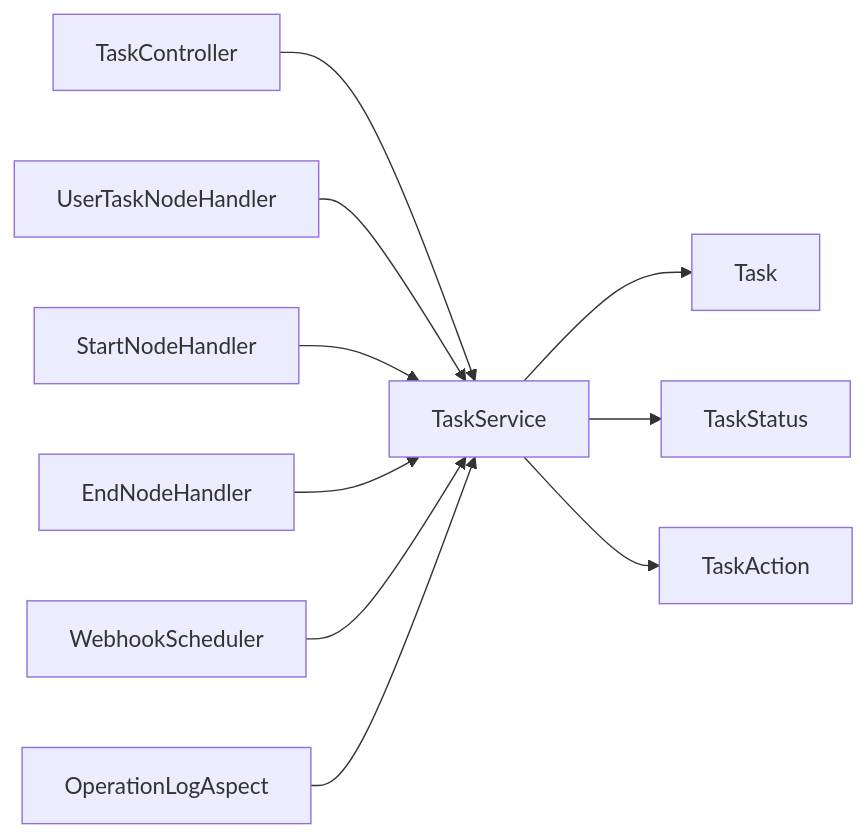
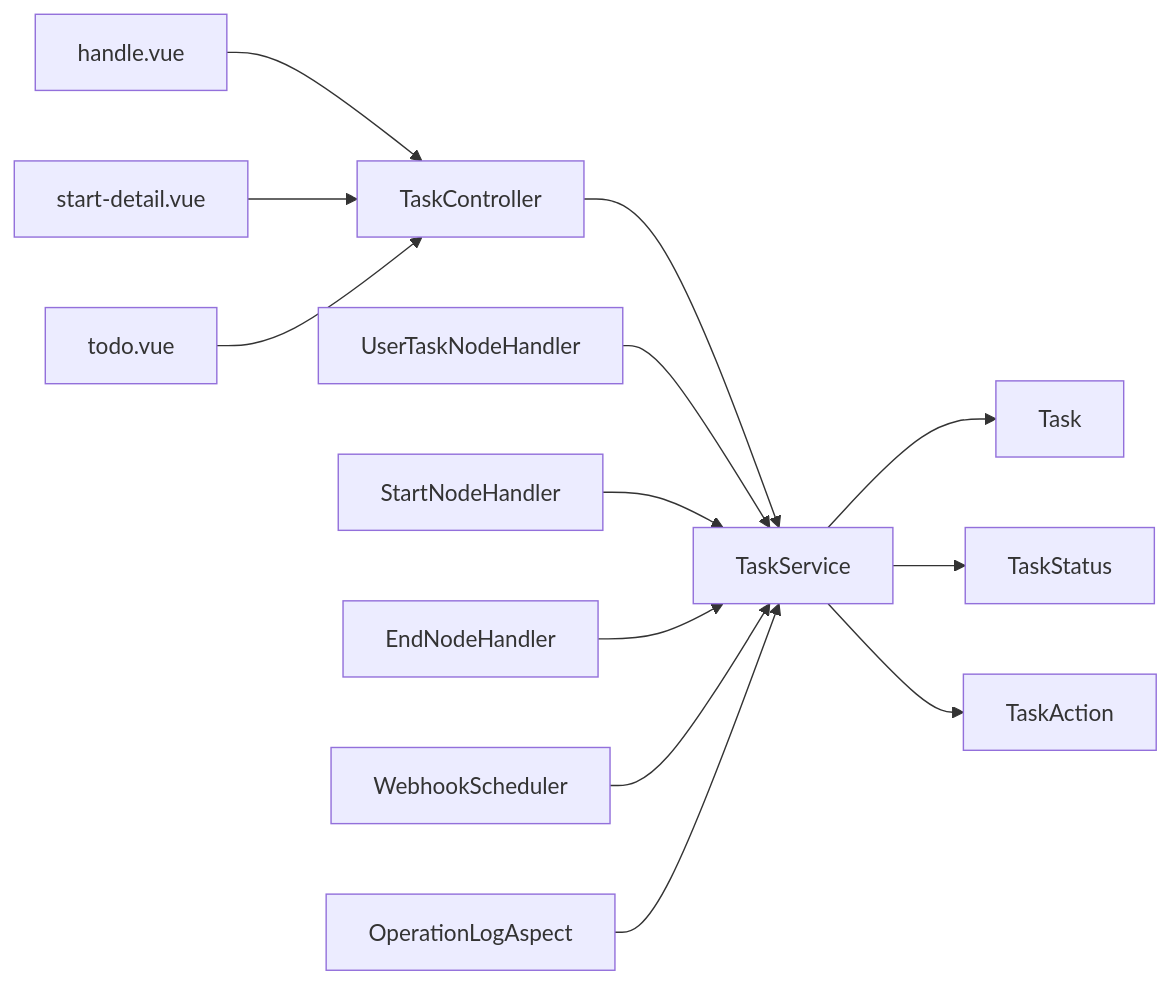
Before and after one commit to liming-lihaini/workflow: the tenth of 10 diagrams in .qoder/repowiki/zh/content/任务管理/任务生命周期管理.md, drawn with Mermaid. The commit also changed other lines of this file and 18 other files, not shown here.

````diff
--- a/.qoder/repowiki/zh/content/任务管理/任务生命周期管理.md
+++ b/.qoder/repowiki/zh/content/任务管理/任务生命周期管理.md
@@ -384,12 +540,15 @@
 ```mermaid
 graph LR
 TC["TaskController"] --> TS["TaskService"]
 TS --> TSK["Task"]
 TS --> TSE["TaskStatus"]
 TS --> TAC["TaskAction"]
 UTH["UserTaskNodeHandler"] --> TS
 STN["StartNodeHandler"] --> TS
 ETN["EndNodeHandler"] --> TS
 WBS["WebhookScheduler"] --> TS
 OLA["OperationLogAspect"] --> TS
+HV["handle.vue"] --> TC
+SDV["start-detail.vue"] --> TC
+TV["todo.vue"] --> TC
 ```
````
